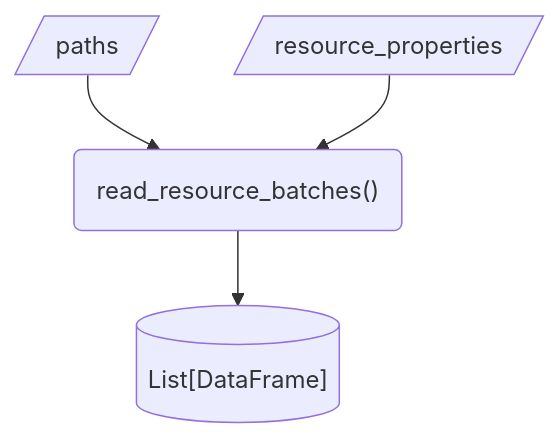
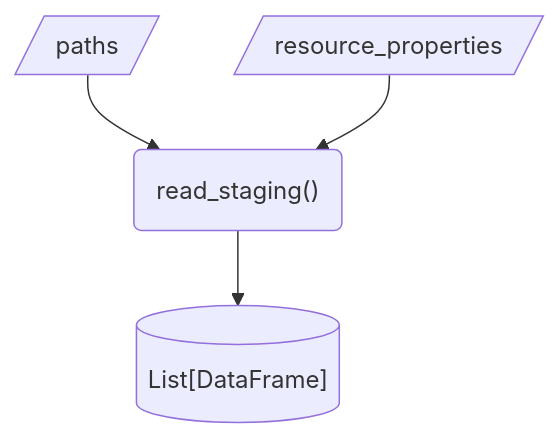
Before and after one commit to seedcase-project/seedcase-sprout: the second of 8 diagrams in docs/design/interface/functions.qmd, drawn with Mermaid. The commit also changed other lines of this file and 18 other files, not shown here.

Commit message:
refactor: 🚚 rename from batches to staging (#1762)

````diff
--- a/docs/design/interface/functions.qmd
+++ b/docs/design/interface/functions.qmd
@@ -77,10 +77,10 @@
 ```{mermaid}
 flowchart
     in_path[/paths/]
     in_properties[/resource_properties/]
-    function("read_resource_batches()")
+    function("read_staging()")
     out[("List[DataFrame]")]
     in_path --> function
     in_properties --> function
     function --> out
 ```
````
